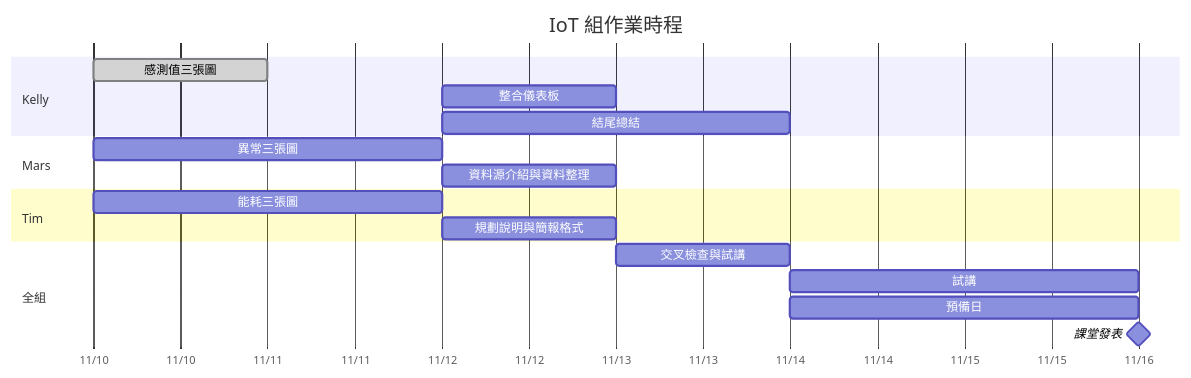
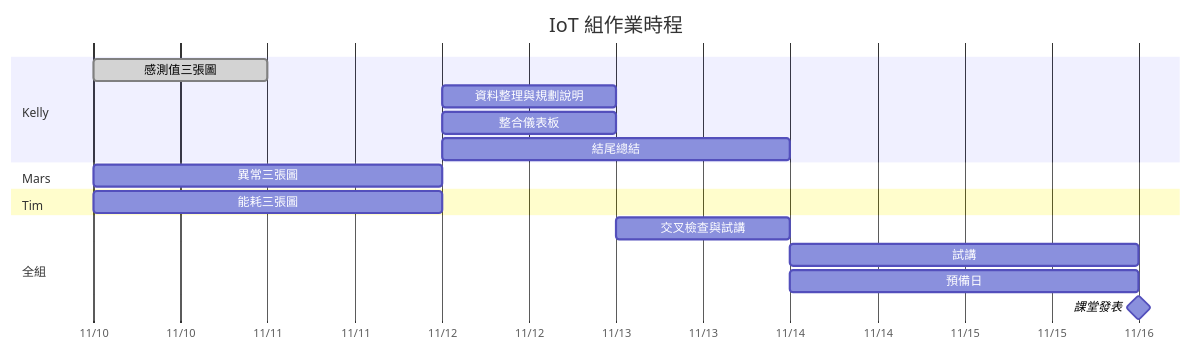
The diagram in README.md (KellyChen413/iot-tableau-group), drawn with Mermaid before and after one commit. The commit also changed other lines of this file, not shown here.

````diff
--- a/README.md
+++ b/README.md
@@ -70,21 +81,20 @@
 ```mermaid
 gantt
     title IoT 組作業時程
     dateFormat YYYY-MM-DD
     axisFormat %m/%d
     section Kelly
     感測值三張圖 :done, k1, 2026-11-10, 1d
+    資料整理與規劃說明 :k4, 2026-11-12, 1d
     整合儀表板 :k2, 2026-11-12, 1d
     結尾總結 :k3, 2026-11-12, 2d
     section Mars
     異常三張圖 :m1, 2026-11-10, 2d
-    資料源介紹與資料整理 :m2, 2026-11-12, 1d
     section Tim
     能耗三張圖 :t1, 2026-11-10, 2d
-    規劃說明與簡報格式 :t2, 2026-11-12, 1d
     section 全組
     交叉檢查與試講 :g1, 2026-11-13, 1d
     試講:g2, 2026-11-14, 2d
     預備日 :g2, 2026-11-14, 2d
     課堂發表 :milestone, g3, 2026-11-16, 0d
 ```
````
